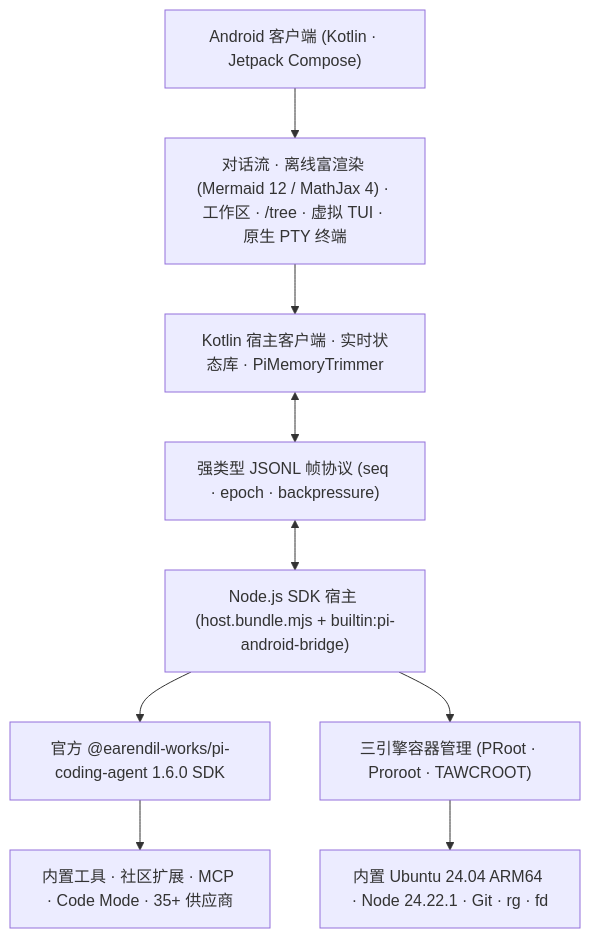
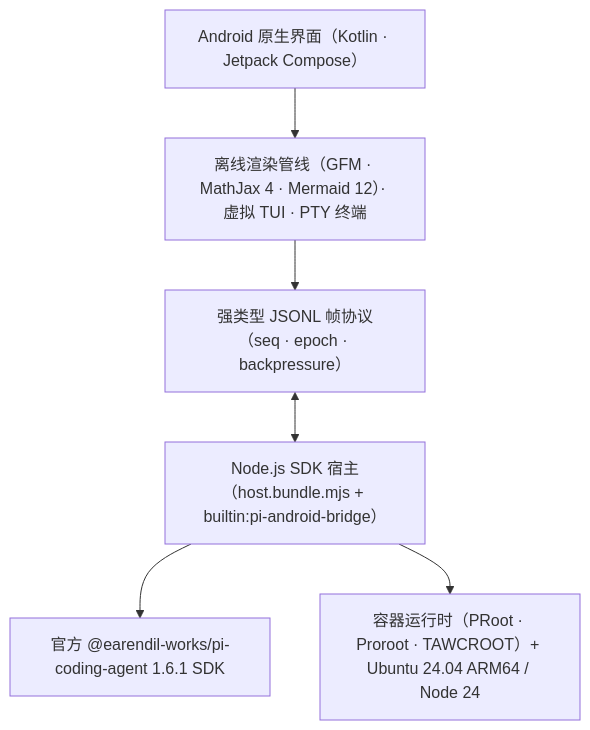
The diagram in README.zh-CN.md (heikeyangle-code/pi-android), drawn with Mermaid before and after one commit. The commit also changed other lines of this file and 42 other files, not shown here.

````diff
--- a/README.zh-CN.md
+++ b/README.zh-CN.md
@@ -142,21 +178,12 @@
 ```mermaid
 flowchart TB
-    A["Android 客户端 (Kotlin · Jetpack Compose)"]
-    B["对话流 · 离线富渲染 (Mermaid 12 / MathJax 4) · 工作区 · /tree · 虚拟 TUI · 原生 PTY 终端"]
-    C["Kotlin 宿主客户端 · 实时状态库 · PiMemoryTrimmer"]
-    D["强类型 JSONL 帧协议 (seq · epoch · backpressure)"]
-    E["Node.js SDK 宿主 (host.bundle.mjs + builtin:pi-android-bridge)"]
-    F["官方 @earendil-works/pi-coding-agent 1.6.0 SDK"]
-    G["内置工具 · 社区扩展 · MCP · Code Mode · 35+ 供应商"]
-    H["三引擎容器管理 (PRoot · Proroot · TAWCROOT)"]
-    L["内置 Ubuntu 24.04 ARM64 · Node 24.22.1 · Git · rg · fd"]
+    A["Android 原生界面（Kotlin · Jetpack Compose）"]
+    B["离线渲染管线（GFM · MathJax 4 · Mermaid 12）· 虚拟 TUI · PTY 终端"]
+    C["强类型 JSONL 帧协议（seq · epoch · backpressure）"]
+    D["Node.js SDK 宿主（host.bundle.mjs + builtin:pi-android-bridge）"]
+    E["官方 @earendil-works/pi-coding-agent 1.6.1 SDK"]
+    F["容器运行时（PRoot · Proroot · TAWCROOT）+ Ubuntu 24.04 ARM64 / Node 24"]
 
-    A --> B
-    B --> C
-    C <--> D
-    D <--> E
-    E --> F
-    F --> G
-    E --> H
-    H --> L
+    A --> B --> C <--> D --> E
+    D --> F
 ```
````
